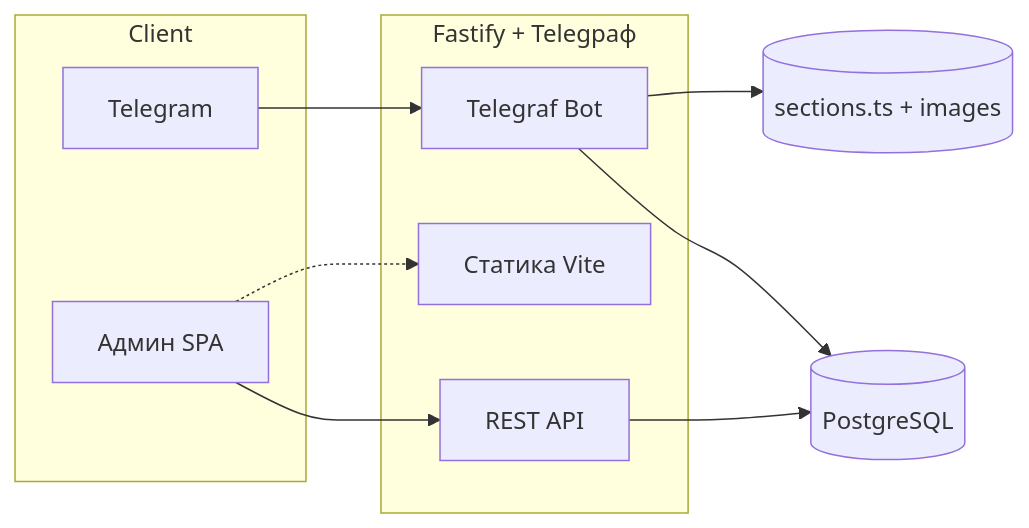
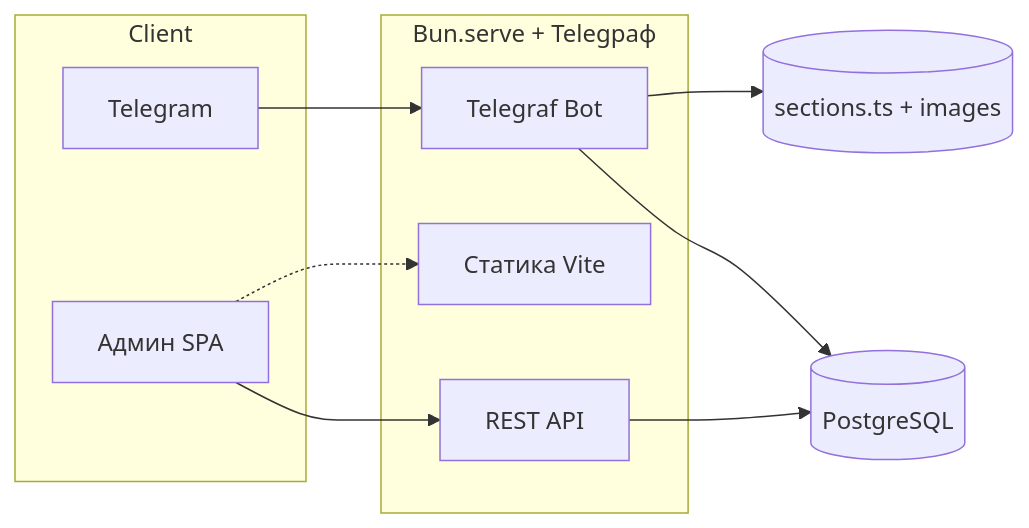
One commit to kotru21/bsuir changed the diagram in README.md. Above: the diagram before and after it, drawn with Mermaid. The commit also changed other lines of this file and 44 other files, not shown here.

First line of the commit message:
Migrate admin API from Fastify to Bun.serve

````diff
--- a/README.md
+++ b/README.md
@@ -102,23 +102,23 @@
 ```mermaid
 flowchart LR
   subgraph Client
     TG[Telegram]
     Admin[Админ SPA]
   end
 
-  subgraph Backend[Fastify + Telegраф]
+  subgraph Backend[Bun.serve + Telegраф]
     Bot[Telegraf Bot]
     API[REST API]
     Static[Статика Vite]
   end
 
   DB[(PostgreSQL)]
   Catalog[(sections.ts + images)]
 
   TG --> Bot
   Admin --> API
   Admin -.-> Static
   Bot --> DB
   API --> DB
   Bot --> Catalog
 ```
````
